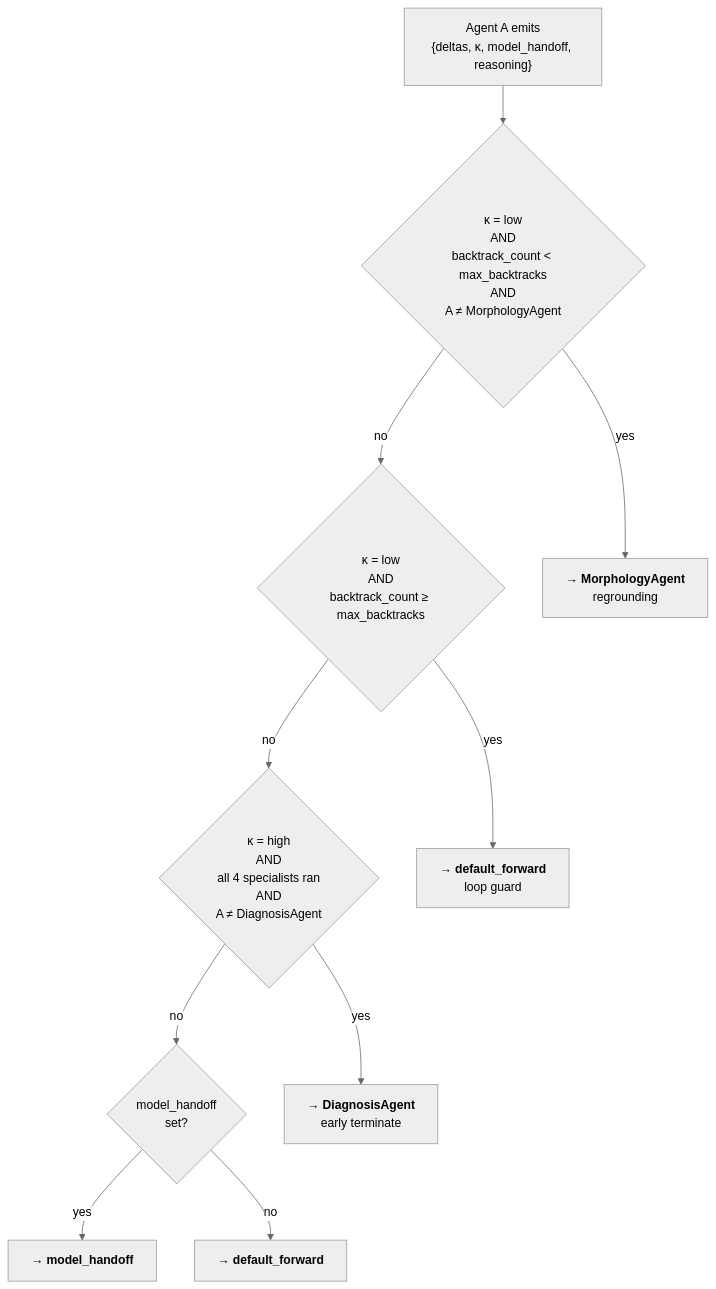
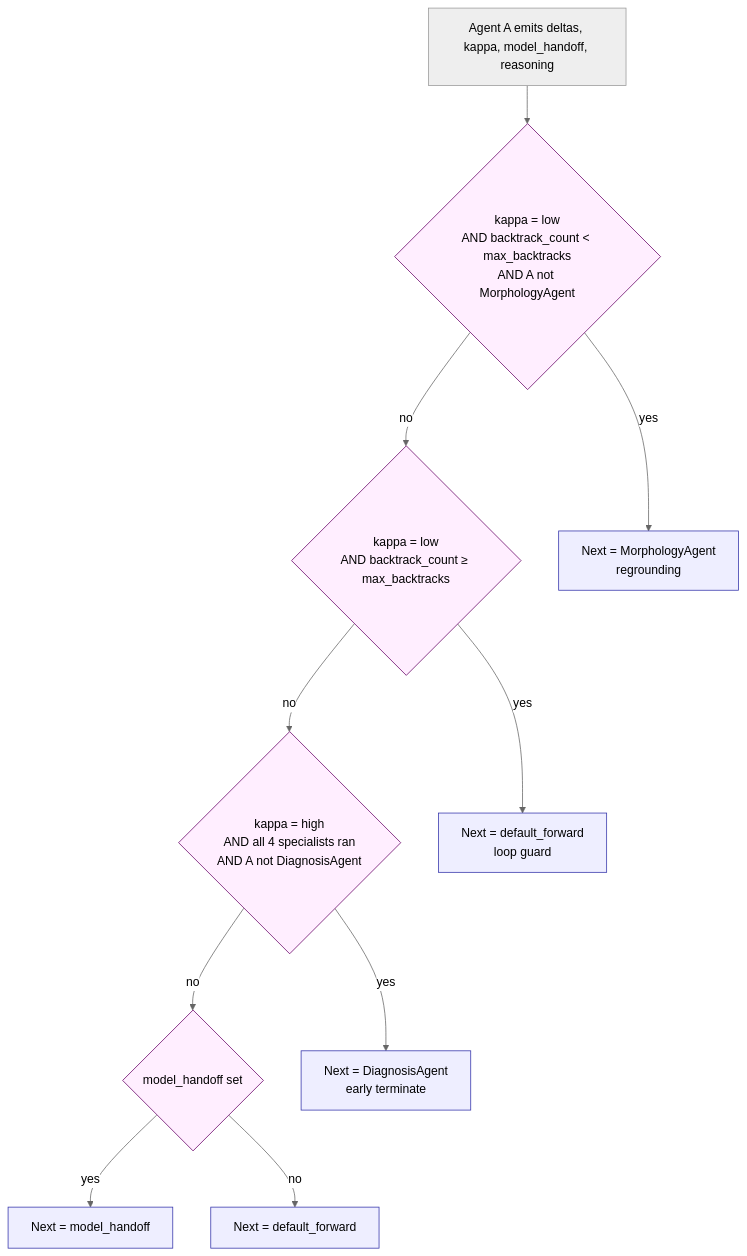
The fifth of 6 diagrams in FLOW.md (tirtho149/PlantSwarm), drawn with Mermaid (neutral theme) before and after one commit. The commit also changed other lines of this file, not shown here.

First line of the commit message:
FLOW.md — submission-ready diagrams (Mermaid render-safe)

````diff
--- a/FLOW.md
+++ b/FLOW.md
@@ -191,23 +213,28 @@
 ```mermaid
 flowchart TD
-    CALL["Agent A emits<br/>{deltas, κ, model_handoff, reasoning}"]
-    R1{"κ = low<br/>AND<br/>backtrack_count < max_backtracks<br/>AND<br/>A ≠ MorphologyAgent"}
-    R2{"κ = low<br/>AND<br/>backtrack_count ≥ max_backtracks"}
-    R3{"κ = high<br/>AND<br/>all 4 specialists ran<br/>AND<br/>A ≠ DiagnosisAgent"}
-    R4{"model_handoff<br/>set?"}
-    BACK[<b>→ MorphologyAgent</b><br/>regrounding]
-    FWD[<b>→ default_forward</b><br/>loop guard]
-    TERM[<b>→ DiagnosisAgent</b><br/>early terminate]
-    MODEL[<b>→ model_handoff</b>]
-    DEF[<b>→ default_forward</b>]
+    CALL[Agent A emits deltas, kappa, model_handoff, reasoning]
+    R1{kappa = low<br/>AND backtrack_count &lt; max_backtracks<br/>AND A not MorphologyAgent}
+    R2{kappa = low<br/>AND backtrack_count &ge; max_backtracks}
+    R3{kappa = high<br/>AND all 4 specialists ran<br/>AND A not DiagnosisAgent}
+    R4{model_handoff set}
+    BACK[Next = MorphologyAgent<br/>regrounding]
+    FWD[Next = default_forward<br/>loop guard]
+    TERM[Next = DiagnosisAgent<br/>early terminate]
+    MODEL[Next = model_handoff]
+    DEF[Next = default_forward]
 
     CALL --> R1
     R1 -->|yes| BACK
     R1 -->|no| R2
     R2 -->|yes| FWD
     R2 -->|no| R3
     R3 -->|yes| TERM
     R3 -->|no| R4
     R4 -->|yes| MODEL
     R4 -->|no| DEF
+
+    classDef decision fill:#fef,stroke:#606
+    classDef action fill:#eef,stroke:#33a
+    class R1,R2,R3,R4 decision
+    class BACK,FWD,TERM,MODEL,DEF action
 ```
````
